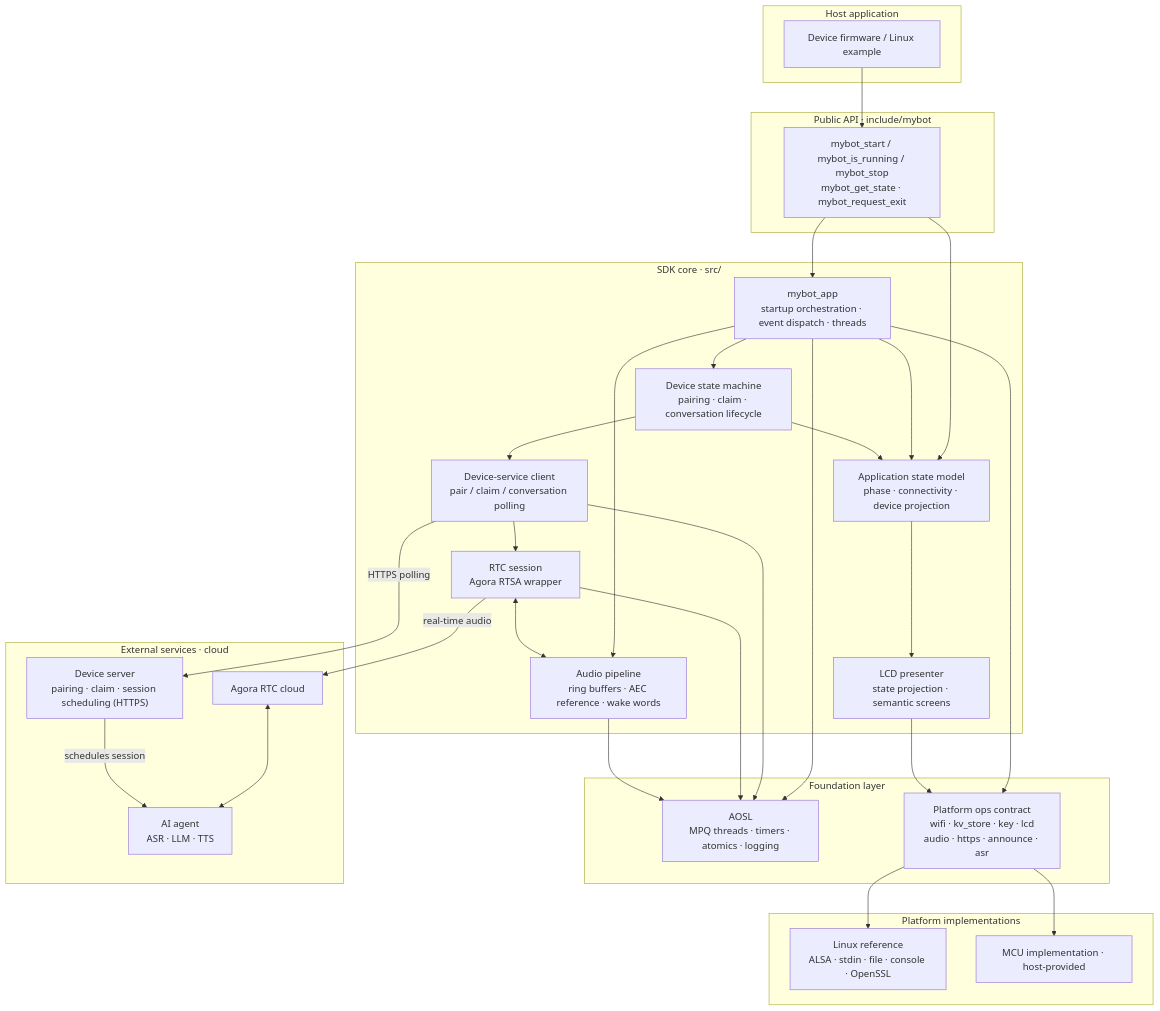
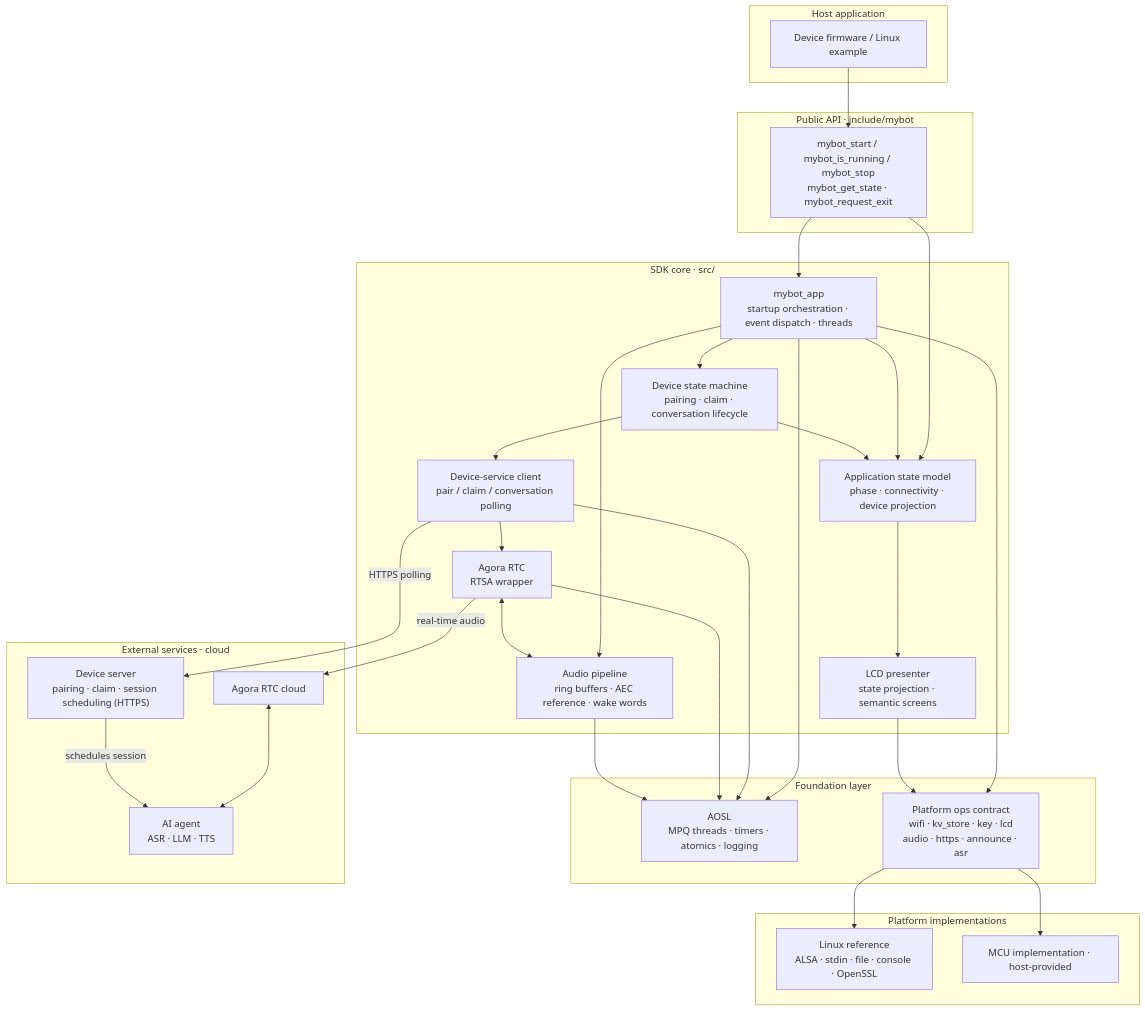
Before and after one commit to junlon2006/mybot: the second of 4 diagrams in README.md, drawn with Mermaid. The commit also changed 13 other files, not shown here.

Commit message:
refactor(rtc): simplify Agora RTC lifecycle

````diff
--- a/README.md
+++ b/README.md
@@ -258,60 +258,60 @@
 ```mermaid
 flowchart TB
     subgraph host["Host application"]
         host_app["Device firmware / Linux example"]
     end
 
     subgraph api["Public API · include/mybot"]
         api_h["mybot_start / mybot_is_running / mybot_stop<br/>mybot_get_state · mybot_request_exit"]
     end
 
     subgraph core["SDK core · src/"]
         app_c["mybot_app<br/>startup orchestration · event dispatch · threads"]
         app_state["Application state model<br/>phase · connectivity · device projection"]
         presenter["LCD presenter<br/>state projection · semantic screens"]
         state_m["Device state machine<br/>pairing · claim · conversation lifecycle"]
         svc_c["Device-service client<br/>pair / claim / conversation polling"]
-        rtc_c["RTC session<br/>Agora RTSA wrapper"]
+        rtc_c["Agora RTC<br/>RTSA wrapper"]
         media_c["Audio pipeline<br/>ring buffers · AEC reference · wake words"]
     end
 
     subgraph infra["Foundation layer"]
         aosl["AOSL<br/>MPQ threads · timers · atomics · logging"]
         ops["Platform ops contract<br/>wifi · kv_store · key · lcd<br/>audio · https · announce · asr"]
     end
 
     subgraph plat["Platform implementations"]
         linux_b["Linux reference<br/>ALSA · stdin · file · console · OpenSSL"]
         mcu_b["MCU implementation · host-provided"]
     end
 
     subgraph ext["External services · cloud"]
         svc_e["Device server<br/>pairing · claim · session scheduling (HTTPS)"]
         agora_e["Agora RTC cloud"]
         agent_e["AI agent<br/>ASR · LLM · TTS"]
     end
 
     host_app --> api_h
     api_h --> app_c
     api_h --> app_state
     app_c --> state_m
     app_c --> app_state
     state_m --> app_state
     app_state --> presenter
     app_c --> media_c
     state_m --> svc_c
     svc_c --> rtc_c
     rtc_c <--> media_c
     app_c --> aosl
     app_c --> ops
     presenter --> ops
     svc_c --> aosl
     rtc_c --> aosl
     media_c --> aosl
     ops --> linux_b
     ops --> mcu_b
     svc_c -->|HTTPS polling| svc_e
     rtc_c -->|real-time audio| agora_e
     agora_e <--> agent_e
     svc_e -->|schedules session| agent_e
 ```
````
